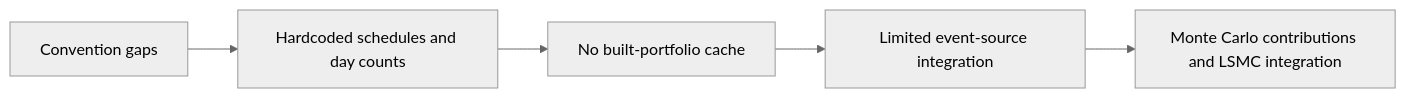
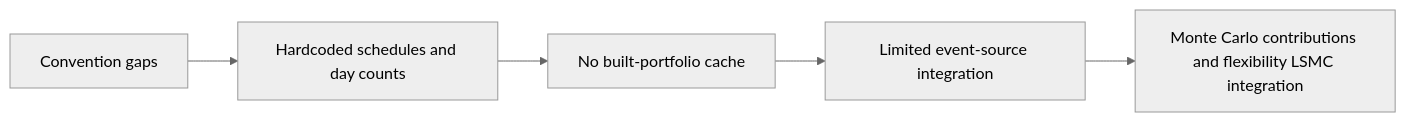
One commit to b-io/quant-risk-platform changed the third of 3 diagrams in docs/architecture/ARCHITECTURE.md. Above: the diagram before and after it, drawn with Mermaid (neutral theme). The commit also changed other lines of this file and 18 other files, not shown here.

````diff
--- a/docs/architecture/ARCHITECTURE.md
+++ b/docs/architecture/ARCHITECTURE.md
@@ -271,7 +272,7 @@
 ```mermaid
 flowchart LR
     A[Convention gaps] --> B[Hardcoded schedules and day counts]
     B --> C[No built-portfolio cache]
     C --> D[Limited event-source integration]
-    D --> E[Monte Carlo contributions and LSMC integration]
+    D --> E[Monte Carlo contributions and flexibility LSMC integration]
 ```
````
